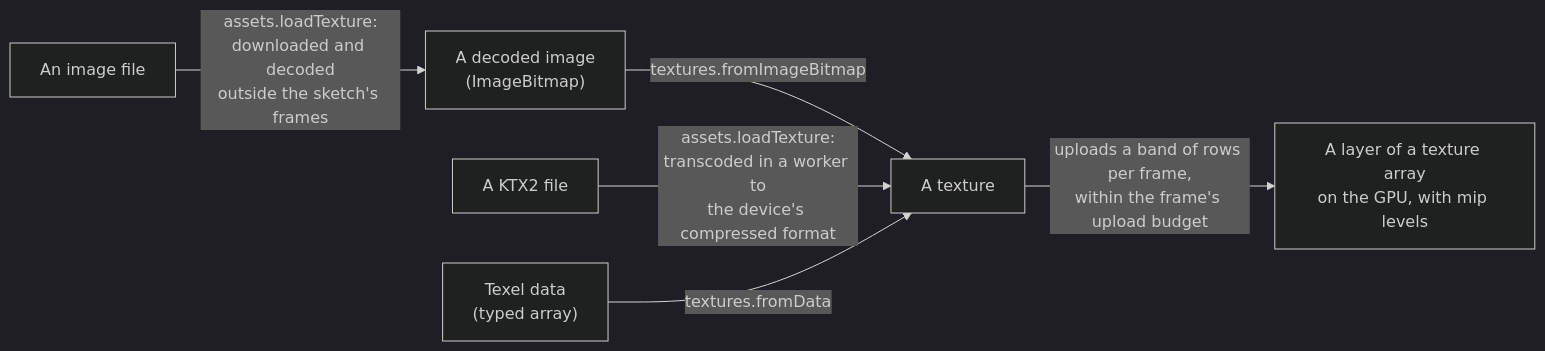
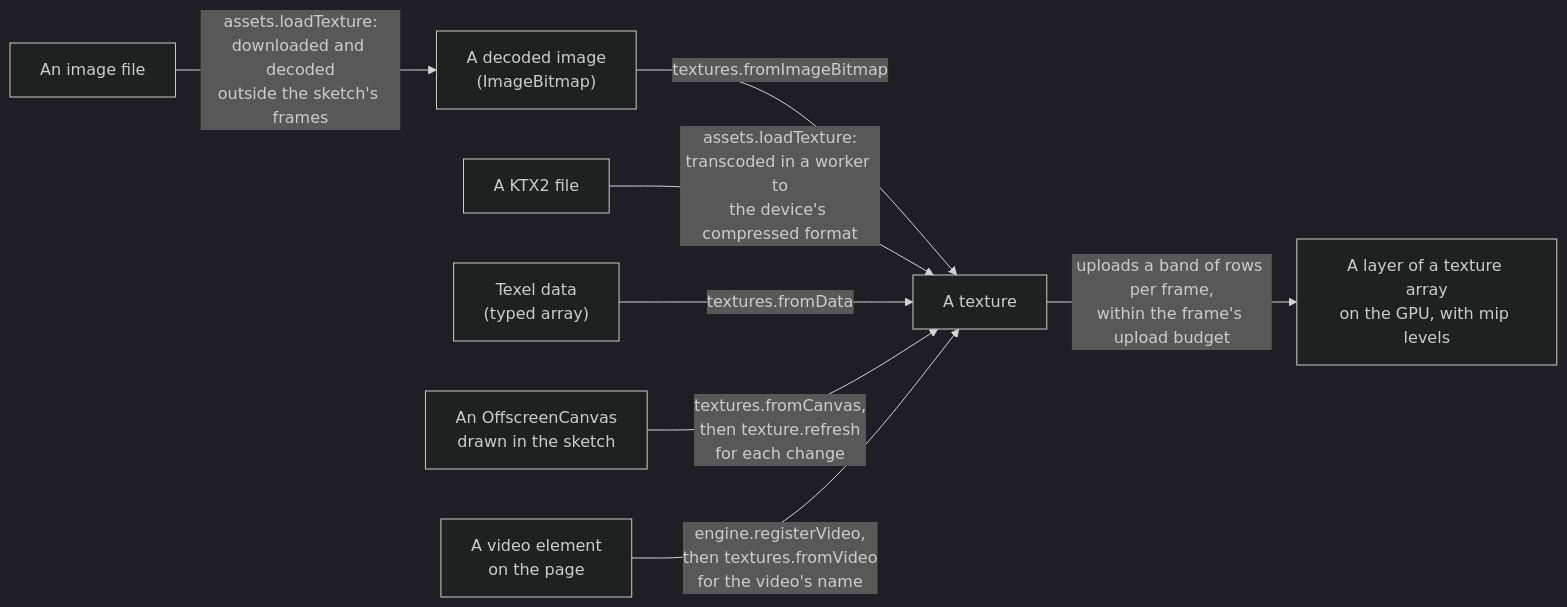
The diagram in docs/api/textures.md (null3d-engine/null3d), drawn with Mermaid (dark theme) before and after one commit. The commit also changed other lines of this file and 5260 other files, not shown here.

````diff
--- a/docs/api/textures.md
+++ b/docs/api/textures.md
@@ -13,8 +13,10 @@
 ```mermaid
 flowchart LR
     file["An image file"] -->|"assets.loadTexture:<br/>downloaded and decoded<br/>outside the sketch's frames"| image["A decoded image<br/>(ImageBitmap)"]
     image -->|"textures.fromImageBitmap"| texture["A texture"]
     ktx2["A KTX2 file"] -->|"assets.loadTexture:<br/>transcoded in a worker to<br/>the device's compressed format"| texture
     data["Texel data<br/>(typed array)"] -->|"textures.fromData"| texture
+    canvas["An OffscreenCanvas<br/>drawn in the sketch"] -->|"textures.fromCanvas,<br/>then texture.refresh<br/>for each change"| texture
+    video["A video element<br/>on the page"] -->|"engine.registerVideo,<br/>then textures.fromVideo<br/>for the video's name"| texture
     texture -->|"uploads a band of rows per frame,<br/>within the frame's upload budget"| layer["A layer of a texture array<br/>on the GPU, with mip levels"]
 ```
````
